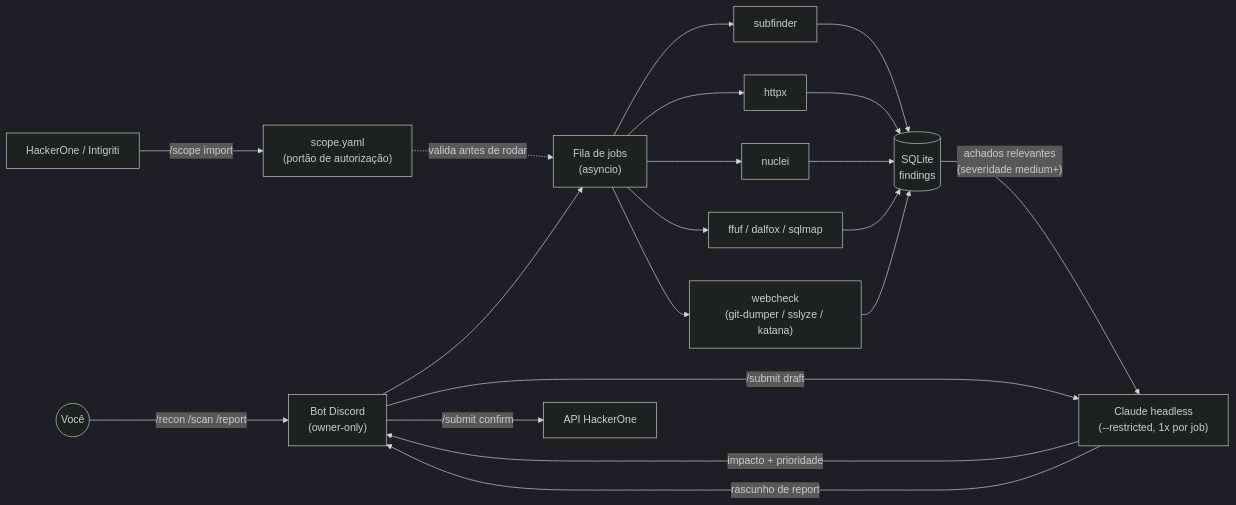
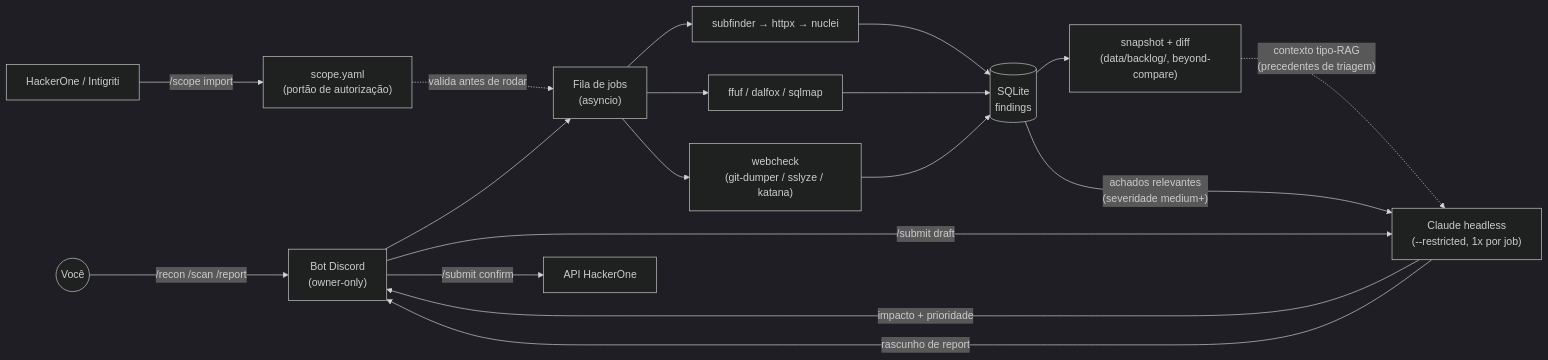
Before and after one commit to gshell0st/megatron: the diagram in README.md, drawn with Mermaid (dark theme). The commit also changed other lines of this file, not shown here.

First line of the commit message:
Reescreve README: apresenta /backlog (retest + contexto tipo-RAG) e ajusta roadmap

````diff
--- a/README.md
+++ b/README.md
@@ -48,27 +55,26 @@
 ```mermaid
 flowchart LR
     You(("Você")) -->|"/recon /scan /report"| Bot["Bot Discord\n(owner-only)"]
     Bot --> Queue["Fila de jobs\n(asyncio)"]
     Scope["scope.yaml\n(portão de autorização)"] -.valida antes de rodar.-> Queue
 
-    Queue --> T1["subfinder"]
-    Queue --> T2["httpx"]
-    Queue --> T3["nuclei"]
+    Queue --> T1["subfinder → httpx → nuclei"]
     Queue --> T4["ffuf / dalfox / sqlmap"]
     Queue --> T5["webcheck\n(git-dumper / sslyze / katana)"]
 
     T1 --> DB[("SQLite\nfindings")]
-    T2 --> DB
-    T3 --> DB
     T4 --> DB
     T5 --> DB
 
+    DB --> Backlog["snapshot + diff\n(data/backlog/, beyond-compare)"]
+
     DB -->|"achados relevantes\n(severidade medium+)"| Claude["Claude headless\n(--restricted, 1x por job)"]
+    Backlog -.contexto tipo-RAG\n(precedentes de triagem).-> Claude
     Claude -->|"impacto + prioridade"| Bot
 
     Bot -->|"/submit draft"| Claude
     Claude -->|"rascunho de report"| Bot
     Bot -->|"/submit confirm"| H1["API HackerOne"]
 
     Plat["HackerOne / Intigriti"] -->|"/scope import"| Scope
 ```
````
